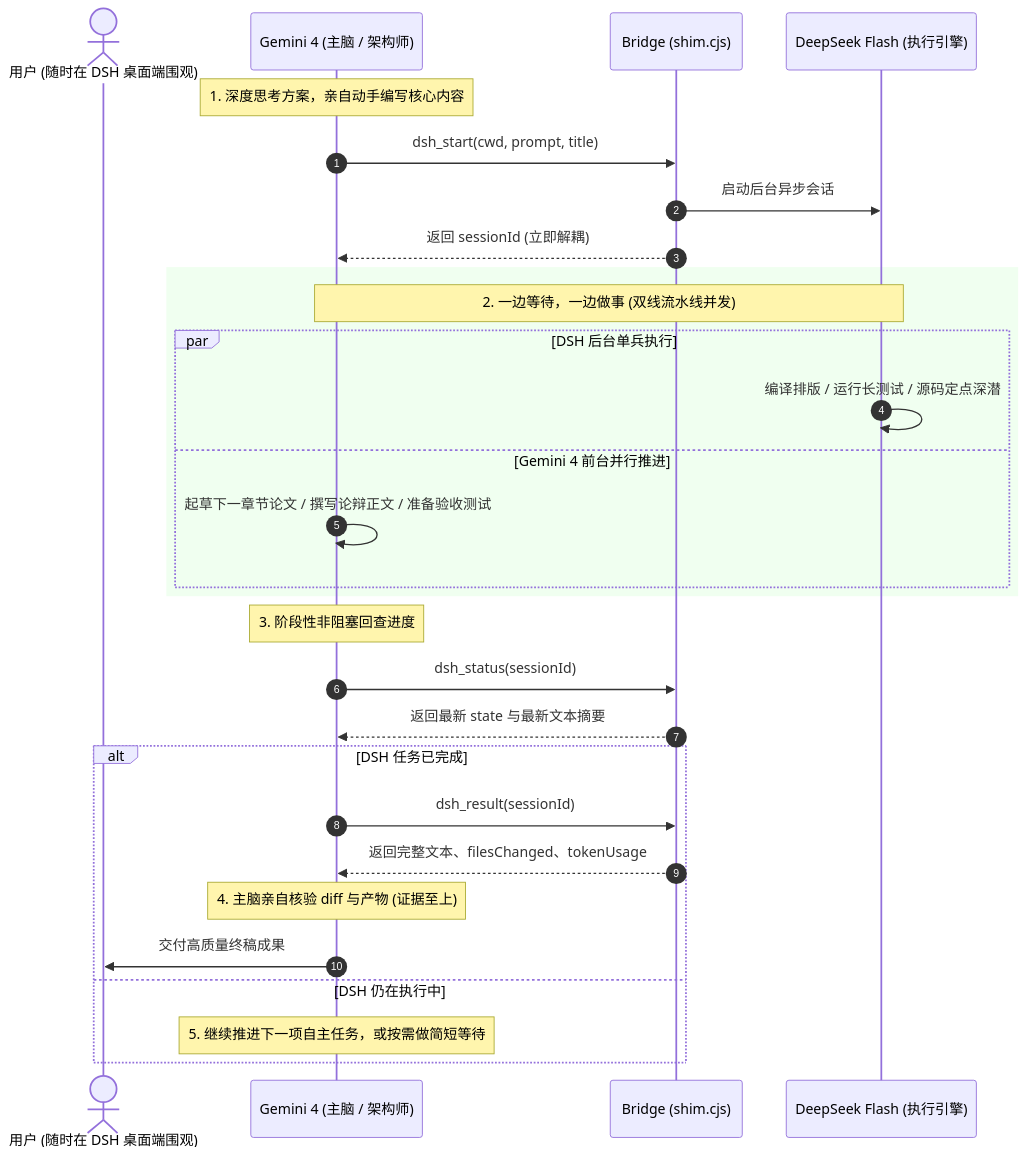
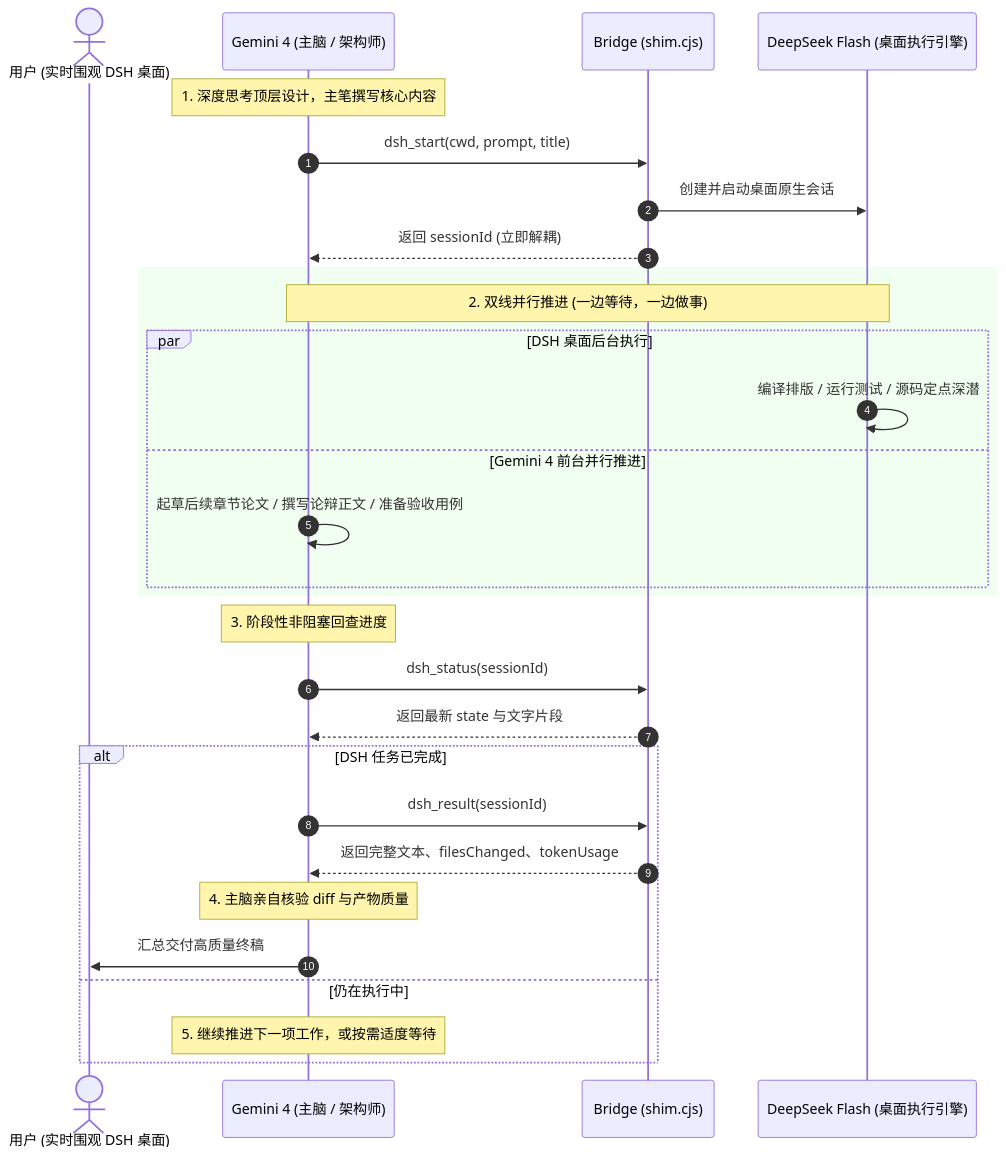
The diagram in README.md (Qingzhu093/gemini-dsh-bridge), drawn with Mermaid before and after one commit. The commit also changed other lines of this file and 2 other files, not shown here.

````diff
--- a/README.md
+++ b/README.md
@@ -60,35 +55,35 @@
 ```mermaid
 sequenceDiagram
     autonumber
-    actor User as 用户 (随时在 DSH 桌面端围观)
+    actor User as 用户 (实时围观 DSH 桌面)
     participant G4 as Gemini 4 (主脑 / 架构师)
     participant Bridge as Bridge (shim.cjs)
-    participant DSH as DeepSeek Flash (执行引擎)
+    participant DSH as DeepSeek Flash (桌面执行引擎)
 
-    Note over G4: 1. 深度思考方案，亲自动手编写核心内容
+    Note over G4: 1. 深度思考顶层设计，主笔撰写核心内容
     G4->>Bridge: dsh_start(cwd, prompt, title)
-    Bridge->>DSH: 启动后台异步会话
+    Bridge->>DSH: 创建并启动桌面原生会话
     Bridge-->>G4: 返回 sessionId (立即解耦)
 
     rect rgb(240, 255, 240)
-    Note over G4,DSH: 2. 一边等待，一边做事 (双线流水线并发)
-    par DSH 后台单兵执行
-        DSH->>DSH: 编译排版 / 运行长测试 / 源码定点深潜
+    Note over G4,DSH: 2. 双线并行推进 (一边等待，一边做事)
+    par DSH 桌面后台执行
+        DSH->>DSH: 编译排版 / 运行测试 / 源码定点深潜
     and Gemini 4 前台并行推进
-        G4->>G4: 起草下一章节论文 / 撰写论辩正文 / 准备验收测试
+        G4->>G4: 起草后续章节论文 / 撰写论辩正文 / 准备验收用例
     end
     end
 
     Note over G4: 3. 阶段性非阻塞回查进度
     G4->>Bridge: dsh_status(sessionId)
-    Bridge-->>G4: 返回最新 state 与最新文本摘要
+    Bridge-->>G4: 返回最新 state 与文字片段
 
     alt DSH 任务已完成
         G4->>Bridge: dsh_result(sessionId)
         Bridge-->>G4: 返回完整文本、filesChanged、tokenUsage
-        Note over G4: 4. 主脑亲自核验 diff 与产物 (证据至上)
-        G4->>User: 交付高质量终稿成果
-    else DSH 仍在执行中
-        Note over G4: 5. 继续推进下一项自主任务，或按需做简短等待
+        Note over G4: 4. 主脑亲自核验 diff 与产物质量
+        G4->>User: 汇总交付高质量终稿
+    else 仍在执行中
+        Note over G4: 5. 继续推进下一项工作，或按需适度等待
     end
 ```
````
